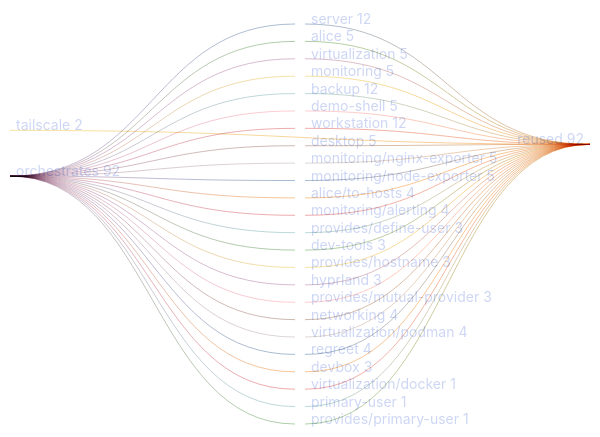
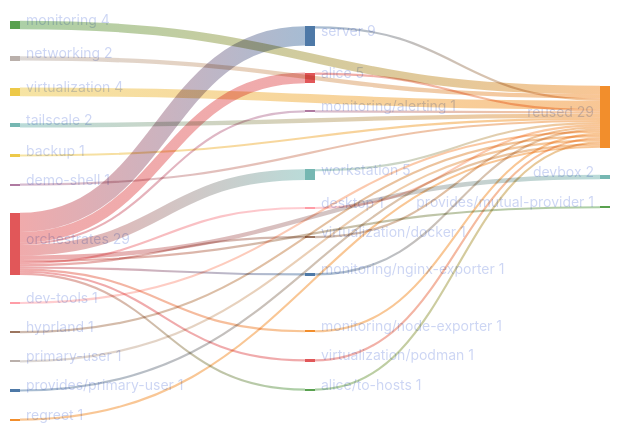
The diagram in templates/diag-fx-demo/diagrams/devbox-fan.md (sini/den), drawn with Mermaid before and after one commit. The commit also changed 849 other files, not shown here.

Commit message:
chore: update fx diagrams

````diff
--- a/templates/diag-fx-demo/diagrams/devbox-fan.md
+++ b/templates/diag-fx-demo/diagrams/devbox-fan.md
@@ -5,54 +5,38 @@
 ```mermaid
 %%{init: {"theme":"base","themeVariables":{"activationBkgColor":"#313244","activationBorderColor":"#6c7086","actorBkg":"#313244","actorBorder":"#a6adc8","actorLineColor":"#a6adc8","actorTextColor":"#cdd6f4","background":"#1e1e2e","classText":"#cdd6f4","clusterBkg":"#313244","clusterBorder":"#6c7086","edgeLabelBackground":"#1e1e2e","labelBoxBkgColor":"#313244","labelBoxBorderColor":"#a6adc8","labelTextColor":"#cdd6f4","lineColor":"#a6adc8","loopTextColor":"#cdd6f4","mainBkg":"#313244","nodeBkg":"#313244","nodeBorder":"#a6adc8","nodeTextColor":"#cdd6f4","noteBkgColor":"#313244","noteBorderColor":"#6c7086","noteTextColor":"#cdd6f4","pie1":"#f38ba8","pie2":"#fab387","pie3":"#f9e2af","pie4":"#a6e3a1","pie5":"#94e2d5","pie6":"#89b4fa","pie7":"#cba6f7","pie8":"#f2cdcd","pieLegendTextColor":"#cdd6f4","pieOuterStrokeColor":"#6c7086","pieSectionTextColor":"#cdd6f4","pieStrokeColor":"#6c7086","pieTitleTextColor":"#cdd6f4","primaryBorderColor":"#a6adc8","primaryColor":"#313244","primaryTextColor":"#cdd6f4","secondBkg":"#313244","secondaryBorderColor":"#6c7086","secondaryColor":"#313244","secondaryTextColor":"#cdd6f4","sequenceNumberColor":"#1e1e2e","signalColor":"#a6adc8","signalTextColor":"#cdd6f4","tertiaryBorderColor":"#6c7086","tertiaryColor":"#313244","tertiaryTextColor":"#cdd6f4","textColor":"#cdd6f4","titleColor":"#cdd6f4"}}}%%
 sankey-beta
 
-"server","reused",12
-"workstation","reused",12
-"backup","reused",12
-"alice","reused",4
-"monitoring","reused",5
-"virtualization","reused",5
-"demo-shell","reused",5
-"desktop","reused",2
-"monitoring/nginx-exporter","reused",2
-"monitoring/node-exporter","reused",2
-"alice/to-hosts","reused",3
-"monitoring/alerting","reused",2
-"provides/define-user","reused",3
-"dev-tools","reused",3
-"provides/hostname","reused",3
-"hyprland","reused",3
-"provides/mutual-provider","reused",3
+"server","reused",1
+"alice","reused",1
+"workstation","reused",1
+"monitoring","reused",4
+"virtualization","reused",4
+"monitoring/alerting","reused",1
+"desktop","reused",1
+"virtualization/docker","reused",1
 "networking","reused",2
-"virtualization/podman","reused",2
-"regreet","reused",1
-"devbox","reused",1
-"virtualization/docker","reused",1
+"monitoring/nginx-exporter","reused",1
+"monitoring/node-exporter","reused",1
+"virtualization/podman","reused",1
+"tailscale","reused",2
+"alice/to-hosts","reused",1
+"backup","reused",1
+"demo-shell","reused",1
+"dev-tools","reused",1
+"hyprland","reused",1
 "primary-user","reused",1
 "provides/primary-user","reused",1
-"tailscale","reused",2
-"orchestrates","server",11
-"orchestrates","workstation",7
-"orchestrates","backup",2
+"regreet","reused",1
+"orchestrates","server",9
 "orchestrates","alice",5
-"orchestrates","monitoring",4
-"orchestrates","virtualization",4
-"orchestrates","demo-shell",3
-"orchestrates","desktop",5
-"orchestrates","monitoring/nginx-exporter",5
-"orchestrates","monitoring/node-exporter",5
-"orchestrates","alice/to-hosts",4
-"orchestrates","monitoring/alerting",4
-"orchestrates","provides/define-user",3
-"orchestrates","dev-tools",3
-"orchestrates","provides/hostname",3
-"orchestrates","hyprland",3
-"orchestrates","provides/mutual-provider",3
-"orchestrates","networking",4
-"orchestrates","virtualization/podman",4
-"orchestrates","regreet",4
-"orchestrates","devbox",3
+"orchestrates","workstation",5
+"orchestrates","monitoring/alerting",1
+"orchestrates","desktop",1
+"orchestrates","devbox",2
 "orchestrates","virtualization/docker",1
-"orchestrates","primary-user",1
-"orchestrates","provides/primary-user",1
+"orchestrates","monitoring/nginx-exporter",1
+"orchestrates","monitoring/node-exporter",1
+"orchestrates","virtualization/podman",1
+"orchestrates","alice/to-hosts",1
+"orchestrates","provides/mutual-provider",1
 ```
````
